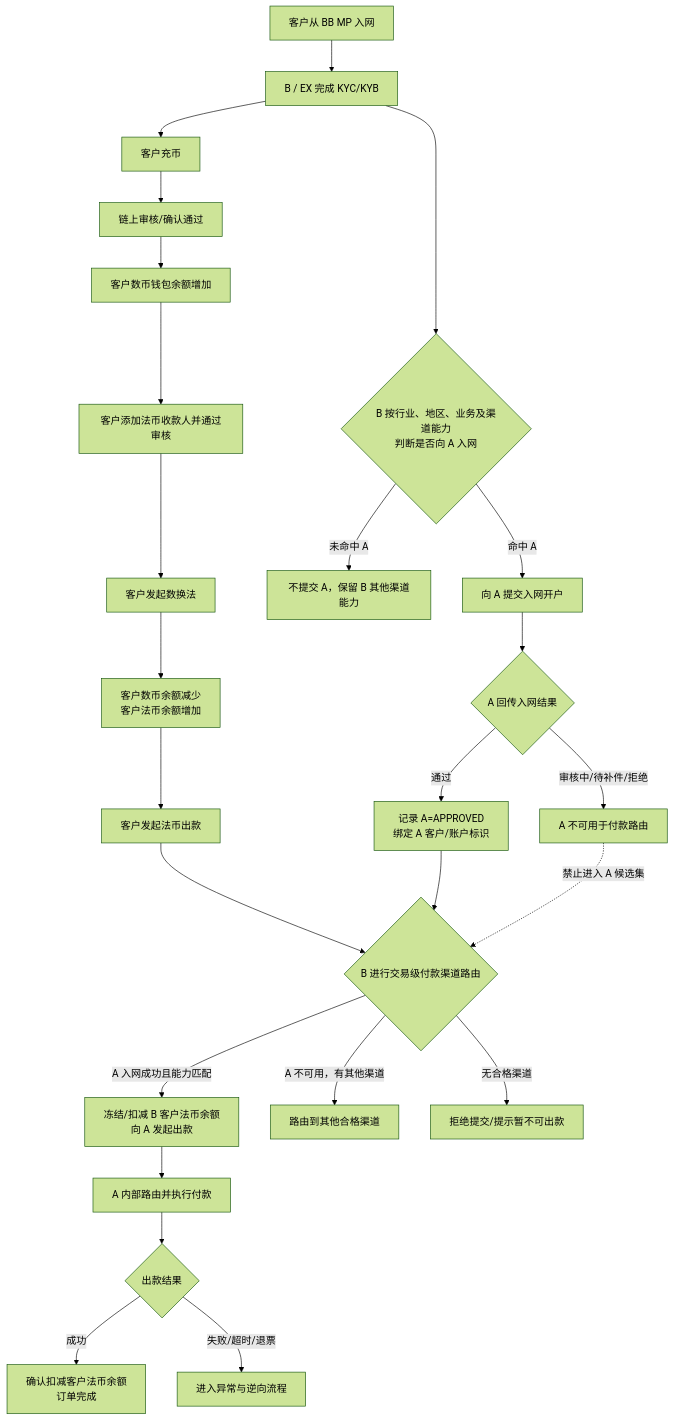
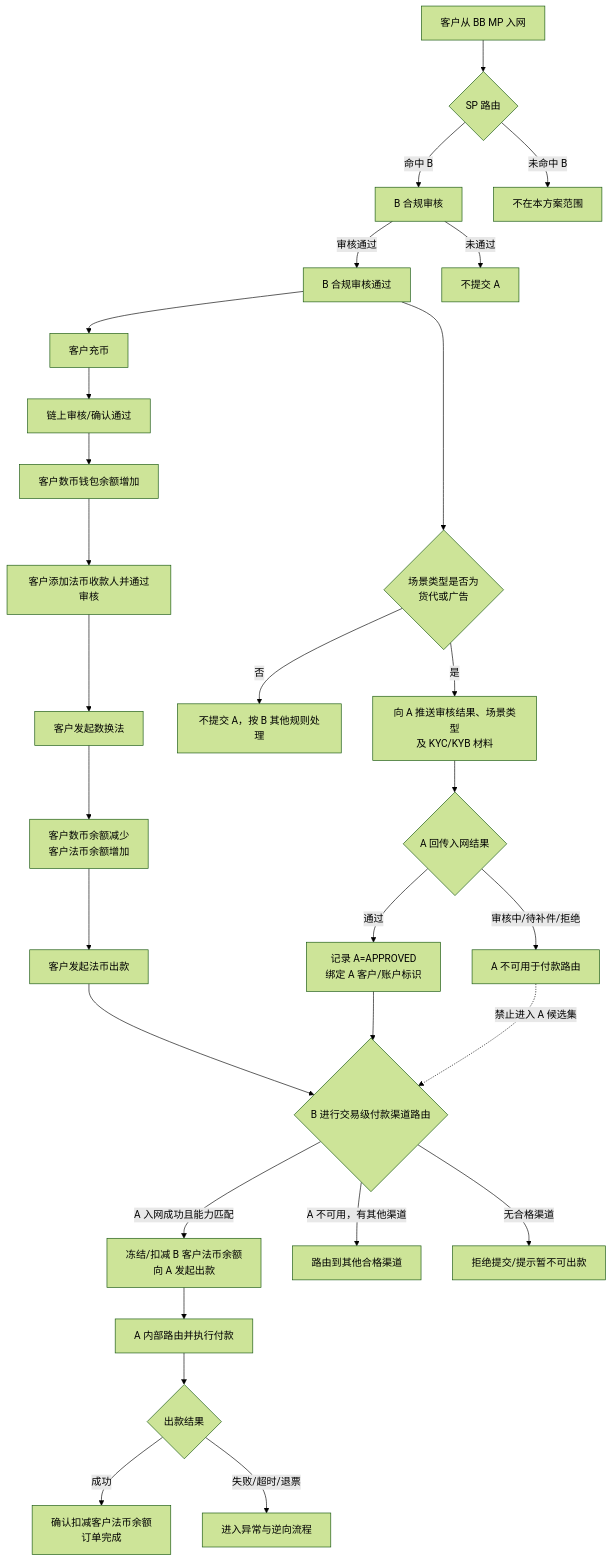
One commit to xiaoxiaoangie/EX-NEW changed the first of 3 diagrams in ABSolutions/B-A/AB互通-OffRamp方案.md. Above: the diagram before and after it, drawn with Mermaid (forest theme). The commit also changed other lines of this file and 20 other files, not shown here.

````diff
--- a/ABSolutions/B-A/AB互通-OffRamp方案.md
+++ b/ABSolutions/B-A/AB互通-OffRamp方案.md
@@ -100,28 +100,32 @@
 ```mermaid
 flowchart TD
-    C["客户从 BB MP 入网"] --> BKYC["B / EX 完成 KYC/KYB"]
-    BKYC --> BR{"B 按行业、地区、业务及渠道能力<br/>判断是否向 A 入网"}
-    BR -->|"命中 A"| AON["向 A 提交入网开户"]
-    BR -->|"未命中 A"| BO["不提交 A，保留 B 其他渠道能力"]
+    C["客户从 BB MP 入网"] --> SP{"SP 路由"}
+    SP -->|"命中 B"| BKYC["B 合规审核"]
+    SP -->|"未命中 B"| OUT["不在本方案范围"]
+    BKYC -->|"审核通过"| BOK["B 合规审核通过"]
+    BOK --> BR{"场景类型是否为<br/>货代或广告"}
+    BKYC -->|"未通过"| BO["不提交 A"]
+    BR -->|"是"| AON["向 A 推送审核结果、场景类型<br/>及 KYC/KYB 材料"]
+    BR -->|"否"| BO2["不提交 A，按 B 其他规则处理"]
     AON --> AR{"A 回传入网结果"}
     AR -->|"通过"| AE["记录 A=APPROVED<br/>绑定 A 客户/账户标识"]
     AR -->|"审核中/待补件/拒绝"| AN["A 不可用于付款路由"]
 
-    BKYC --> DEP["客户充币"]
+    BOK --> DEP["客户充币"]
     DEP --> CONF["链上审核/确认通过"]
     CONF --> DBAL["客户数币钱包余额增加"]
     DBAL --> BEN["客户添加法币收款人并通过审核"]
     BEN --> FX["客户发起数换法"]
     FX --> FXOK["客户数币余额减少<br/>客户法币余额增加"]
     FXOK --> PAY["客户发起法币出款"]
     PAY --> PR{"B 进行交易级付款渠道路由"}
     AE --> PR
     AN -.->|"禁止进入 A 候选集"| PR
     PR -->|"A 入网成功且能力匹配"| AF["冻结/扣减 B 客户法币余额<br/>向 A 发起出款"]
     PR -->|"A 不可用，有其他渠道"| OTHER["路由到其他合格渠道"]
     PR -->|"无合格渠道"| STOP["拒绝提交/提示暂不可出款"]
     AF --> AROUTE["A 内部路由并执行付款"]
     AROUTE --> R{"出款结果"}
     R -->|"成功"| SUCCESS["确认扣减客户法币余额<br/>订单完成"]
     R -->|"失败/超时/退票"| EXC["进入异常与逆向流程"]
 ```
````
